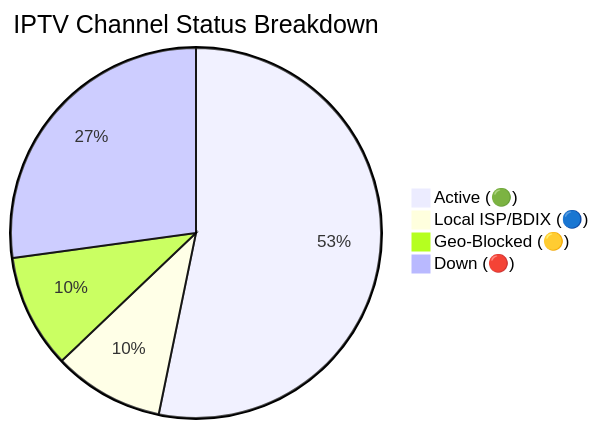
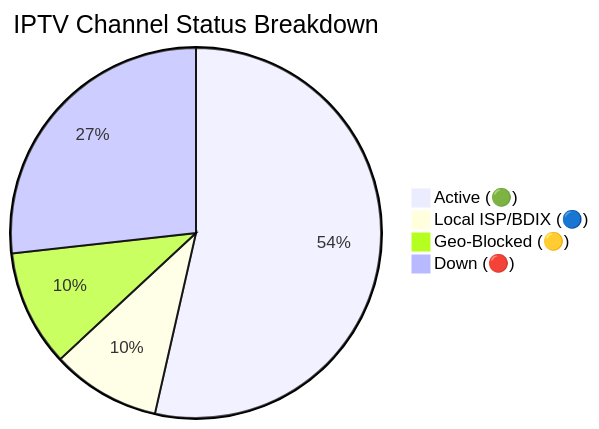
The diagram in README.md (f6388600-ai/Web), drawn with Mermaid before and after one commit. The commit also changed other lines of this file and 6 other files, not shown here.

````diff
--- a/README.md
+++ b/README.md
@@ -149,7 +149,7 @@
 ```mermaid
 pie title IPTV Channel Status Breakdown
-    "Active (🟢)" : 9475
-    "Local ISP/BDIX (🔵)" : 1719
-    "Geo-Blocked (🟡)" : 1771
-    "Down (🔴)" : 4835
+    "Active (🟢)" : 9545
+    "Local ISP/BDIX (🔵)" : 1697
+    "Geo-Blocked (🟡)" : 1810
+    "Down (🔴)" : 4769
 ```
````
